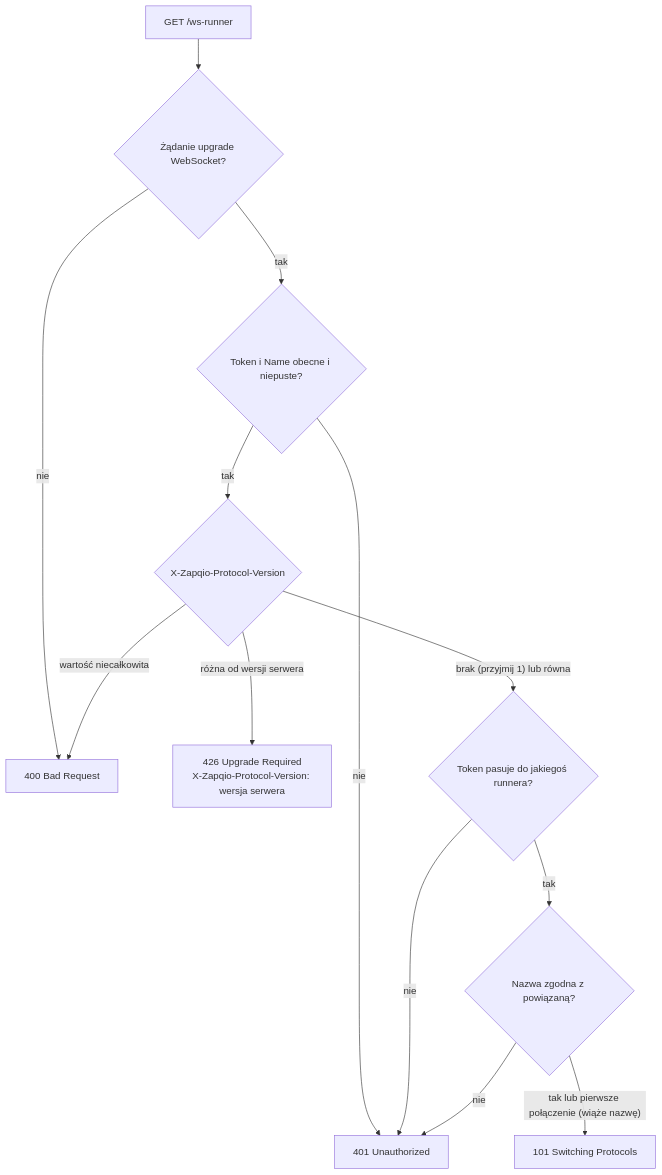
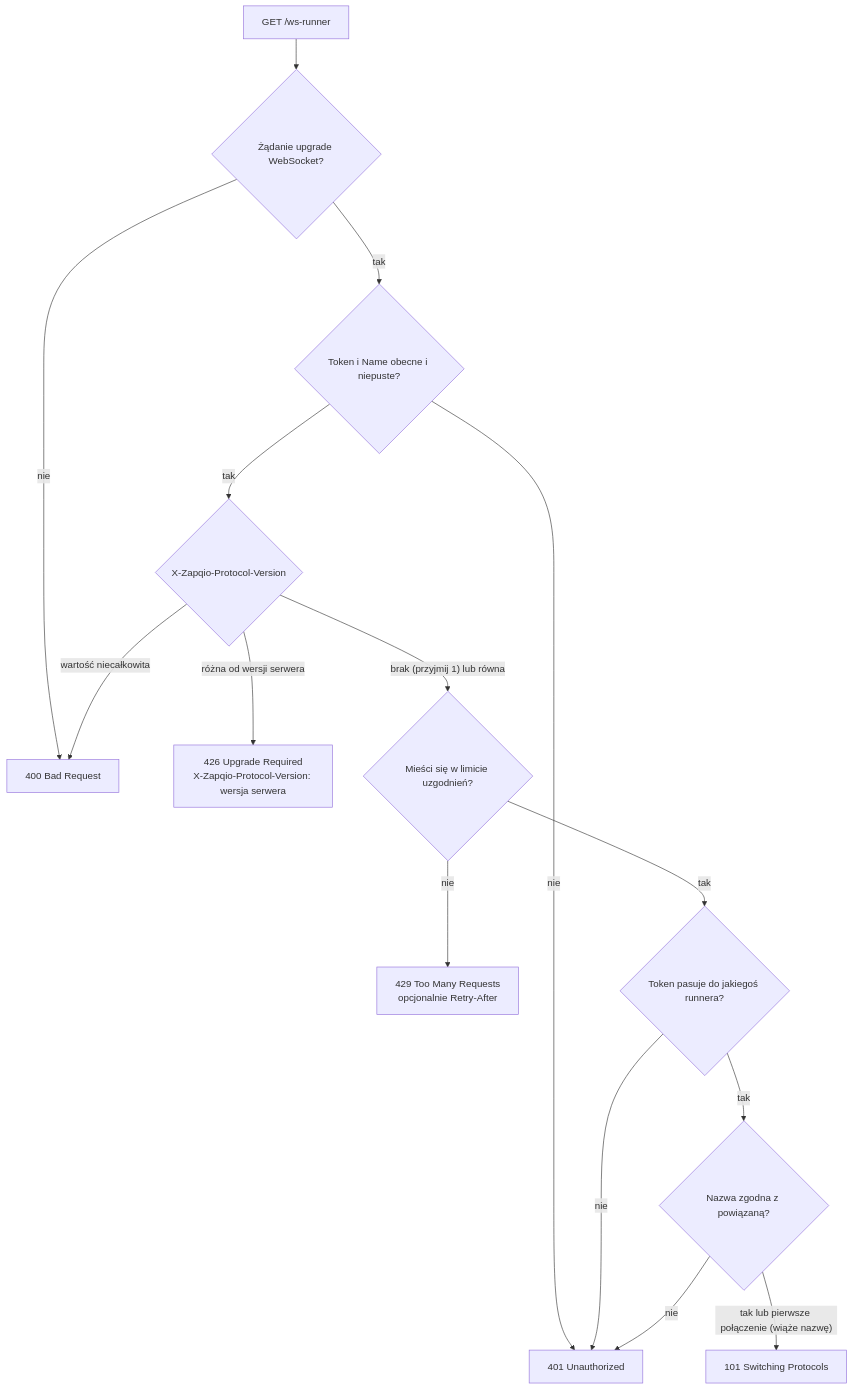
The first of 3 diagrams in PROTOCOL.md (zapqio/protocol), drawn with Mermaid before and after one commit. The commit also changed other lines of this file, not shown here.

````diff
--- a/PROTOCOL.md
+++ b/PROTOCOL.md
@@ -87,15 +93,17 @@
 ```mermaid
 flowchart TD
     A["GET /ws-runner"] --> B{"Żądanie upgrade WebSocket?"}
     B -- "nie" --> R400["400 Bad Request"]
     B -- "tak" --> C{"Token i Name obecne i niepuste?"}
     C -- "nie" --> R401["401 Unauthorized"]
     C -- "tak" --> F{"X-Zapqio-Protocol-Version"}
     F -- "wartość niecałkowita" --> R400
     F -- "różna od wersji serwera" --> R426["426 Upgrade Required<br/>X-Zapqio-Protocol-Version: wersja serwera"]
-    F -- "brak (przyjmij 1) lub równa" --> D{"Token pasuje do jakiegoś runnera?"}
+    F -- "brak (przyjmij 1) lub równa" --> L{"Mieści się w limicie uzgodnień?"}
+    L -- "nie" --> R429["429 Too Many Requests<br/>opcjonalnie Retry-After"]
+    L -- "tak" --> D{"Token pasuje do jakiegoś runnera?"}
     D -- "nie" --> R401
     D -- "tak" --> E{"Nazwa zgodna z powiązaną?"}
     E -- "nie" --> R401
     E -- "tak lub pierwsze połączenie (wiąże nazwę)" --> OK["101 Switching Protocols"]
 ```
````
